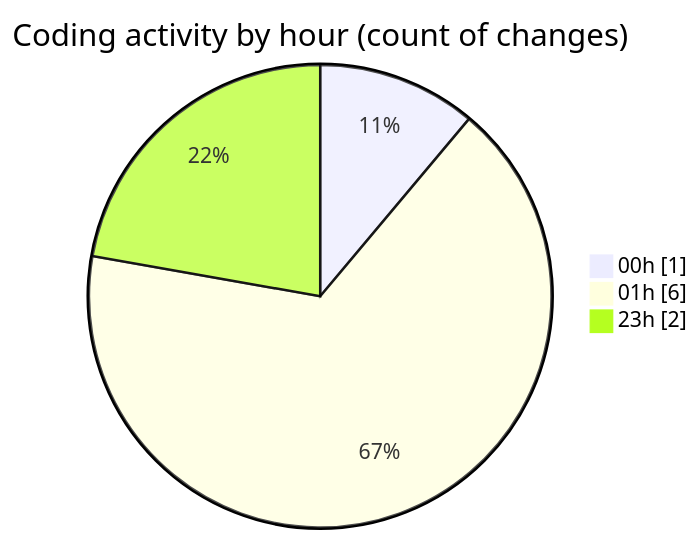
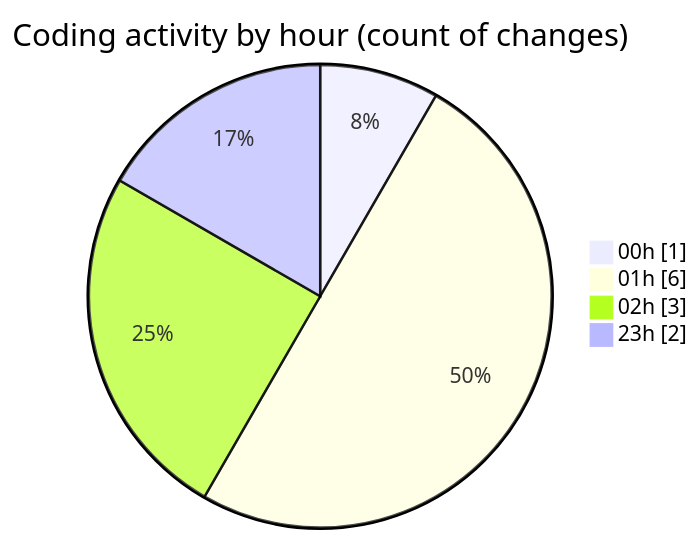
The second of 2 diagrams in 2025-02-19/masm/README.md (charlie-sans/code-tracking), drawn with Mermaid before and after one commit. The commit also changed other lines of this file and 1 other file, not shown here.

````diff
--- a/2025-02-19/masm/README.md
+++ b/2025-02-19/masm/README.md
@@ -32,7 +32,8 @@
 ```mermaid
 pie showData
 title Coding activity by hour (count of changes)
 "00h" : 1
 "01h" : 6
+"02h" : 3
 "23h" : 2
 ```
````
